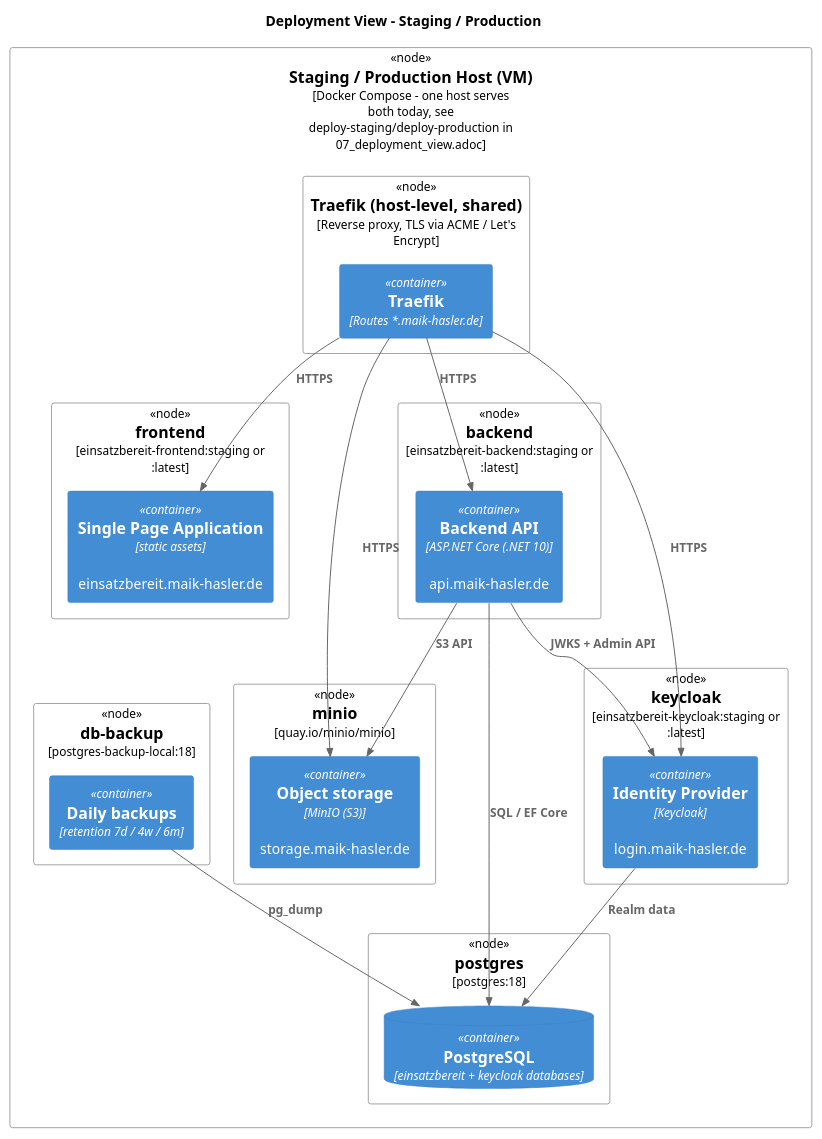
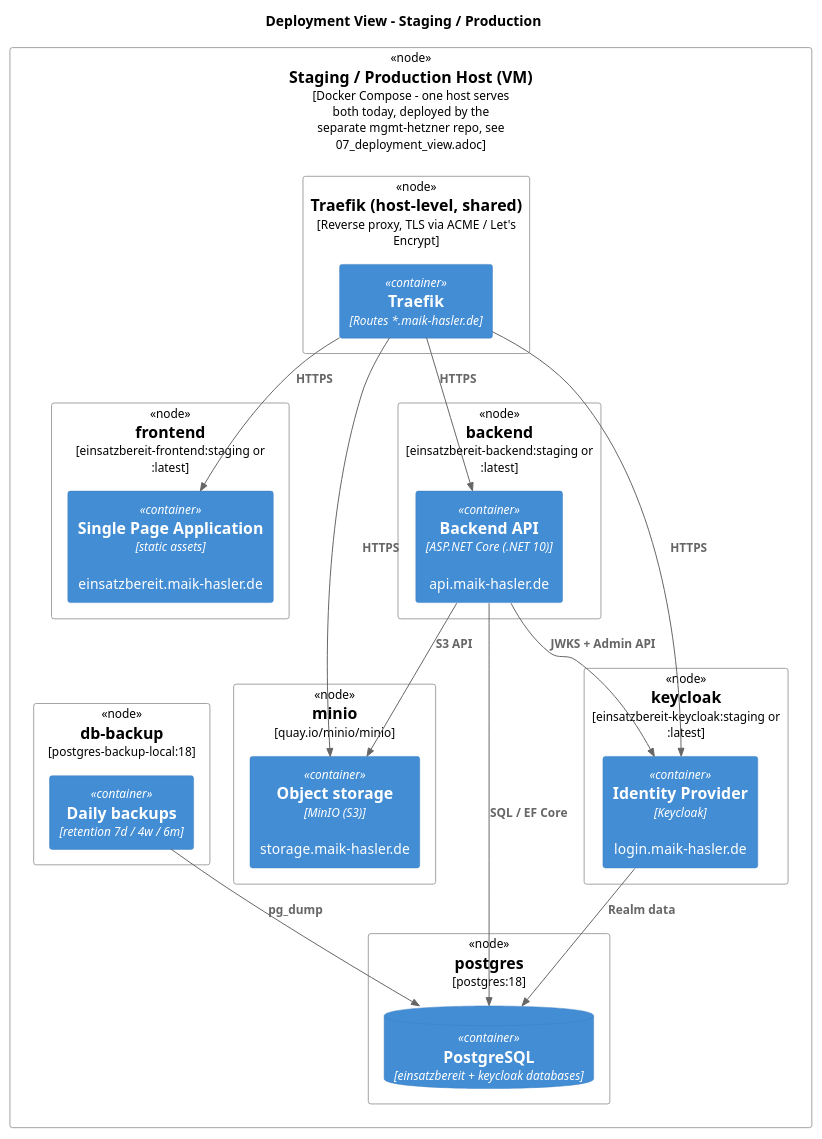
Before and after one commit to maik-hasler/einsatzbereit: the diagram in docs/Architecture/images/deployment-staging.puml, drawn with PlantUML. The commit also changed 11 other files, not shown here.

First line of the commit message:
feat: stop publish.yml at image publishing, deploy via mgmt-hetzner (#2164)

```diff
--- a/docs/Architecture/images/deployment-staging.puml
+++ b/docs/Architecture/images/deployment-staging.puml
@@ -1,48 +1,48 @@
 @startuml Staging Deployment
 
 !include <C4/C4_Deployment>
 
 title Deployment View - Staging / Production
 
-Deployment_Node(host, "Staging / Production Host (VM)", "Docker Compose - one host serves both today, see deploy-staging/deploy-production in 07_deployment_view.adoc") {
+Deployment_Node(host, "Staging / Production Host (VM)", "Docker Compose - one host serves both today, deployed by the separate mgmt-hetzner repo, see 07_deployment_view.adoc") {
 
 	Deployment_Node(traefik_node, "Traefik (host-level, shared)", "Reverse proxy, TLS via ACME / Let's Encrypt") {
 		Container(traefik, "Traefik", "Routes *.maik-hasler.de")
 	}
 
 	Deployment_Node(fe_node, "frontend", "einsatzbereit-frontend:staging or :latest") {
 		Container(fe, "Single Page Application", "static assets", "einsatzbereit.maik-hasler.de")
 	}
 
 	Deployment_Node(be_node, "backend", "einsatzbereit-backend:staging or :latest") {
 		Container(be, "Backend API", "ASP.NET Core (.NET 10)", "api.maik-hasler.de")
 	}
 
 	Deployment_Node(kc_node, "keycloak", "einsatzbereit-keycloak:staging or :latest") {
 		Container(kc, "Identity Provider", "Keycloak", "login.maik-hasler.de")
 	}
 
 	Deployment_Node(mo_node, "minio", "quay.io/minio/minio") {
 		Container(mo, "Object storage", "MinIO (S3)", "storage.maik-hasler.de")
 	}
 
 	Deployment_Node(pg_node, "postgres", "postgres:18") {
 		ContainerDb(pg, "PostgreSQL", "einsatzbereit + keycloak databases")
 	}
 
 	Deployment_Node(bk_node, "db-backup", "postgres-backup-local:18") {
 		Container(bk, "Daily backups", "retention 7d / 4w / 6m")
 	}
 }
 
 Rel(traefik, fe, "HTTPS")
 Rel(traefik, be, "HTTPS")
 Rel(traefik, kc, "HTTPS")
 Rel(traefik, mo, "HTTPS")
 Rel(be, pg, "SQL / EF Core")
 Rel(be, kc, "JWKS + Admin API")
 Rel(be, mo, "S3 API")
 Rel(kc, pg, "Realm data")
 Rel(bk, pg, "pg_dump")
 
 @enduml
```
